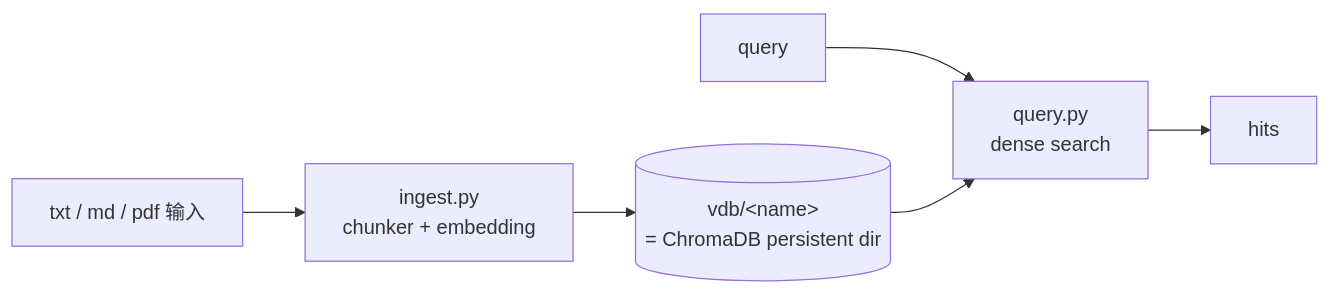
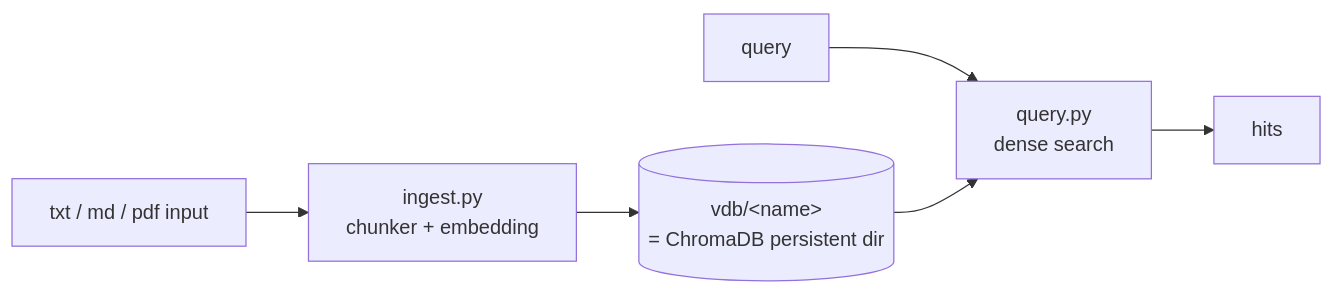
One commit to AndyUneducated/alchemy changed the first of 4 diagrams in play/rag/JOURNAL.md. Above: the diagram before and after it, drawn with Mermaid. The commit also changed other lines of this file and 197 other files, not shown here.

````diff
--- a/play/rag/JOURNAL.md
+++ b/play/rag/JOURNAL.md
@@ -19,8 +19,8 @@
 ```mermaid
 flowchart LR
-    DOC[txt / md / pdf 输入] --> ING[ingest.py<br/>chunker + embedding]
+    DOC[txt / md / pdf input] --> ING[ingest.py<br/>chunker + embedding]
     ING --> VDB[(vdb/&lt;name&gt;<br/>= ChromaDB persistent dir)]
     Q[query] --> QY[query.py<br/>dense search]
     VDB --> QY
     QY --> R[hits]
 ```
````
